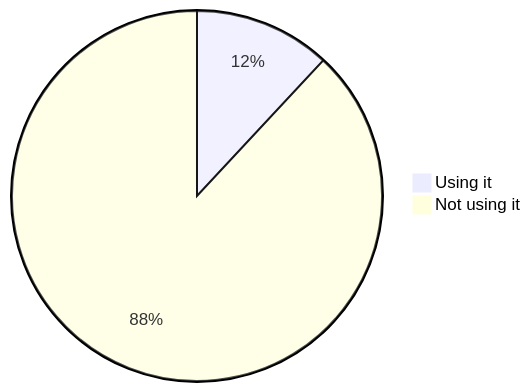
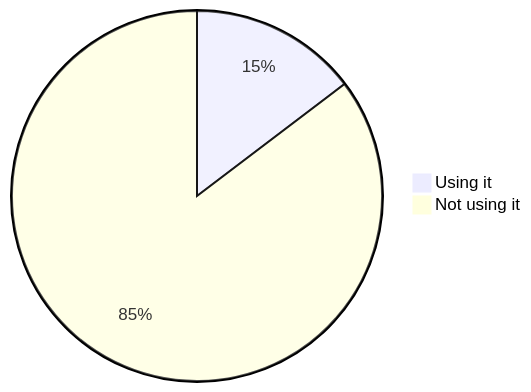
Before and after one commit to oshp/oshp-stats: diagram 13 of 22 in stats.md, drawn with Mermaid. The commit also changed other lines of this file, not shown here.

````diff
--- a/stats.md
+++ b/stats.md
@@ -154,6 +154,6 @@
 ```mermaid
 pie
-	"Using it" : 11.93
-	"Not using it" : 88.07
+	"Using it" : 14.66
+	"Not using it" : 85.34
 
 ```
````
